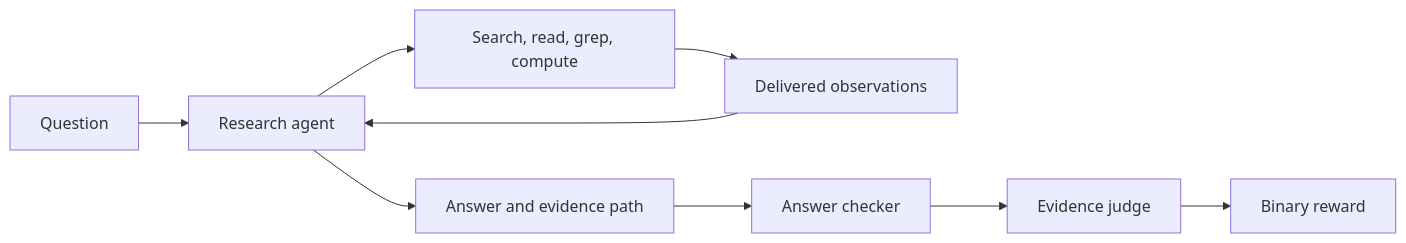
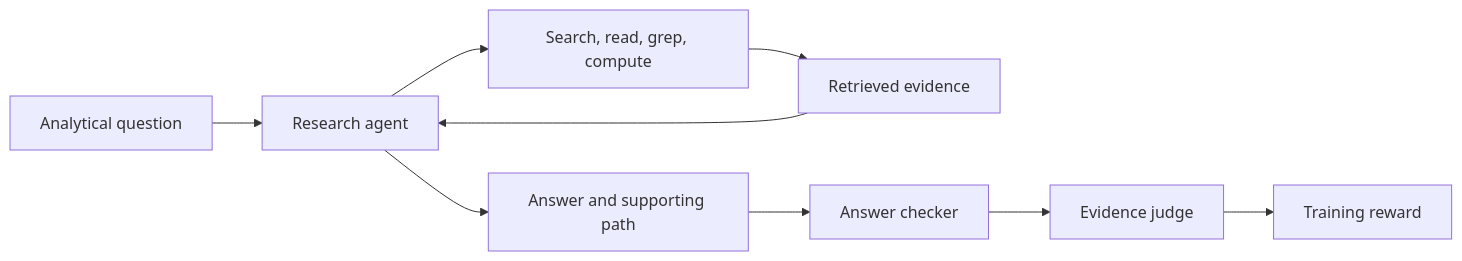
One commit to mshtelma/verl-on-air changed the diagram in usecases/officeqa/README.md. Above: the diagram before and after it, drawn with Mermaid. The commit also changed other lines of this file and 42 other files, not shown here.

````diff
--- a/usecases/officeqa/README.md
+++ b/usecases/officeqa/README.md
@@ -18,11 +27,11 @@
 ```mermaid
 flowchart LR
-    Q[Question] --> A[Research agent]
+    Q[Analytical question] --> A[Research agent]
     A --> T[Search, read, grep, compute]
-    T --> O[Delivered observations]
+    T --> O[Retrieved evidence]
     O --> A
-    A --> R[Answer and evidence path]
+    A --> R[Answer and supporting path]
     R --> C[Answer checker]
     C --> J[Evidence judge]
-    J --> S[Binary reward]
+    J --> S[Training reward]
 ```
````
